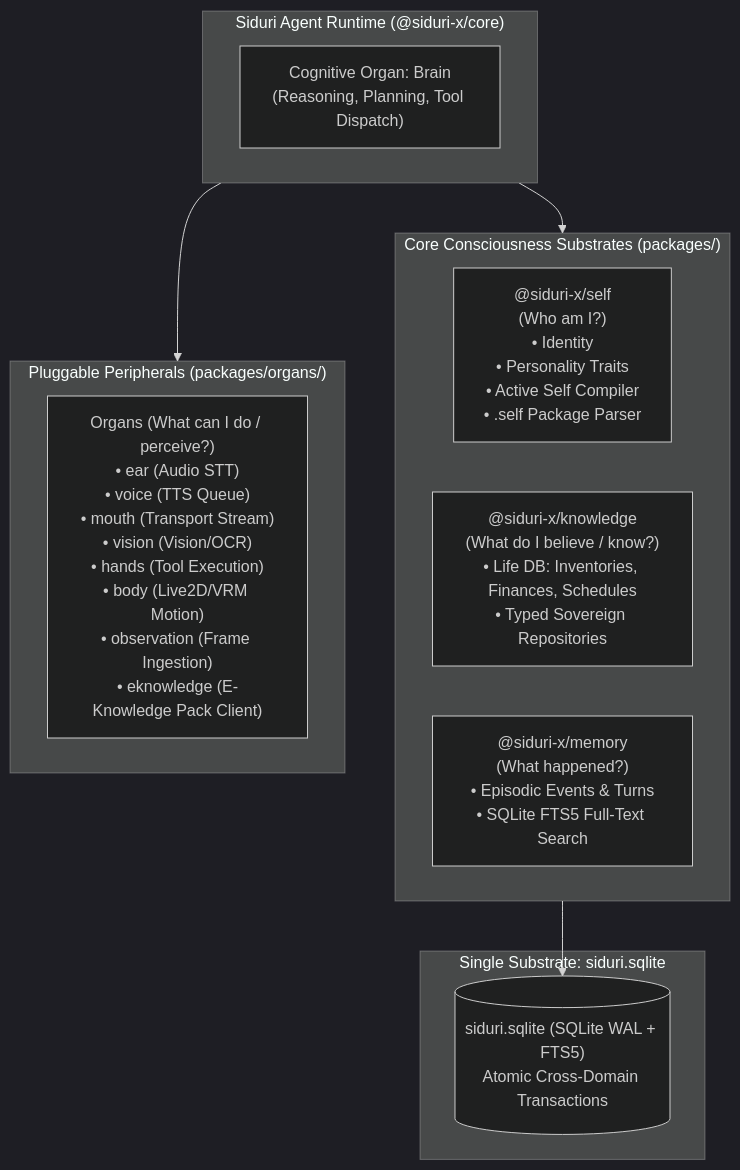
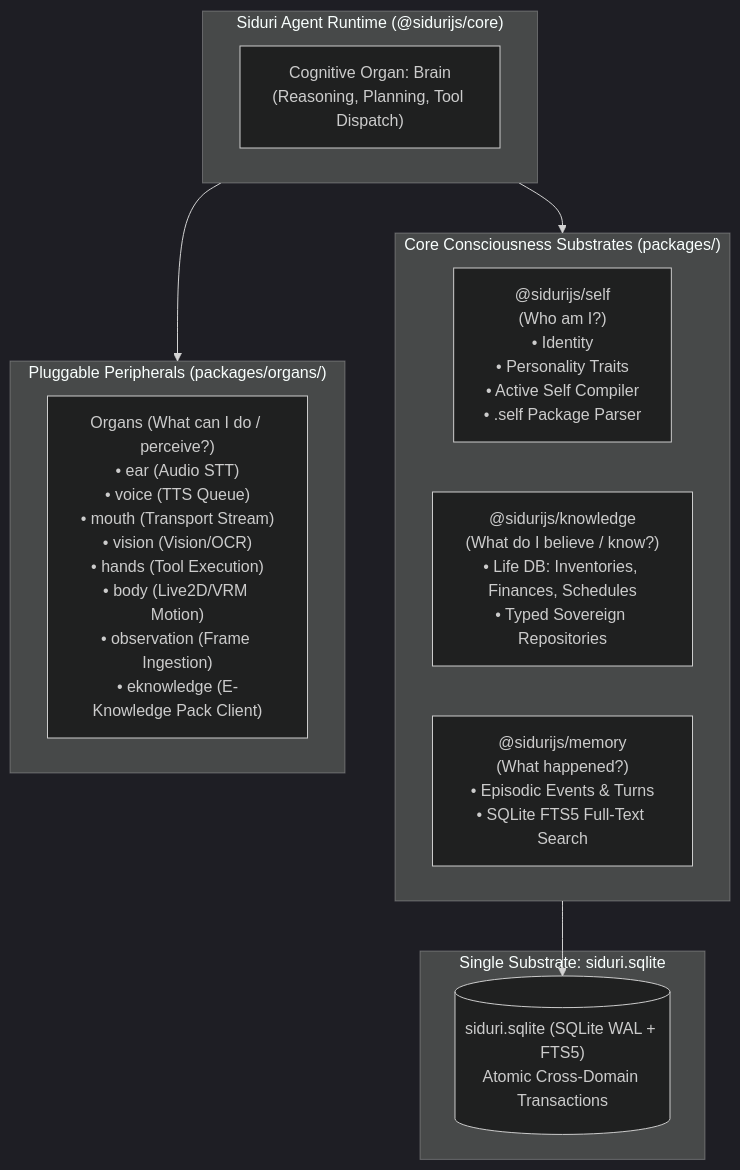
Before and after one commit to vxnus-studio/siduri-x: the diagram in docs/self-organ-knowledge/README.md, drawn with Mermaid (dark theme). The commit also changed other lines of this file and 142 other files, not shown here.

First line of the commit message:
feat(ecosystem): migrate organ ecosystem to @sidurijs@1.0.0 and release @vxnus/siduri@2.1.0

````diff
--- a/docs/self-organ-knowledge/README.md
+++ b/docs/self-organ-knowledge/README.md
@@ -26,24 +26,24 @@
 ```mermaid
 flowchart TD
-    subgraph SiduriRuntime["Siduri Agent Runtime (@siduri-x/core)"]
+    subgraph SiduriRuntime["Siduri Agent Runtime (@sidurijs/core)"]
         Brain["Cognitive Organ: Brain\n(Reasoning, Planning, Tool Dispatch)"]
     end
 
     subgraph CoreConsciousness["Core Consciousness Substrates (packages/)"]
-        Self["@siduri-x/self\n(Who am I?)\n• Identity\n• Personality Traits\n• Active Self Compiler\n• .self Package Parser"]
-        Knowledge["@siduri-x/knowledge\n(What do I believe / know?)\n• Life DB: Inventories, Finances, Schedules\n• Typed Sovereign Repositories"]
-        Memory["@siduri-x/memory\n(What happened?)\n• Episodic Events & Turns\n• SQLite FTS5 Full-Text Search"]
+        Self["@sidurijs/self\n(Who am I?)\n• Identity\n• Personality Traits\n• Active Self Compiler\n• .self Package Parser"]
+        Knowledge["@sidurijs/knowledge\n(What do I believe / know?)\n• Life DB: Inventories, Finances, Schedules\n• Typed Sovereign Repositories"]
+        Memory["@sidurijs/memory\n(What happened?)\n• Episodic Events & Turns\n• SQLite FTS5 Full-Text Search"]
     end
 
     subgraph PluggableOrgans["Pluggable Peripherals (packages/organs/)"]
         Organs["Organs (What can I do / perceive?)\n• ear (Audio STT)\n• voice (TTS Queue)\n• mouth (Transport Stream)\n• vision (Vision/OCR)\n• hands (Tool Execution)\n• body (Live2D/VRM Motion)\n• observation (Frame Ingestion)\n• eknowledge (E-Knowledge Pack Client)"]
     end
 
     subgraph StorageSubstrate["Single Substrate: siduri.sqlite"]
         SQLiteFile[("siduri.sqlite (SQLite WAL + FTS5)\nAtomic Cross-Domain Transactions")]
     end
 
     SiduriRuntime --> CoreConsciousness
     SiduriRuntime --> PluggableOrgans
     CoreConsciousness --> SQLiteFile
 ```
````
